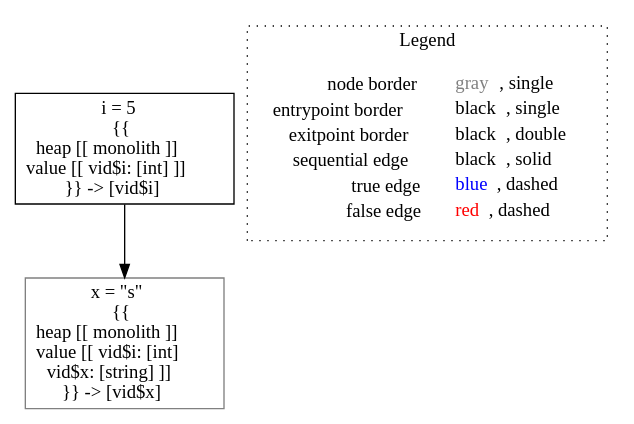
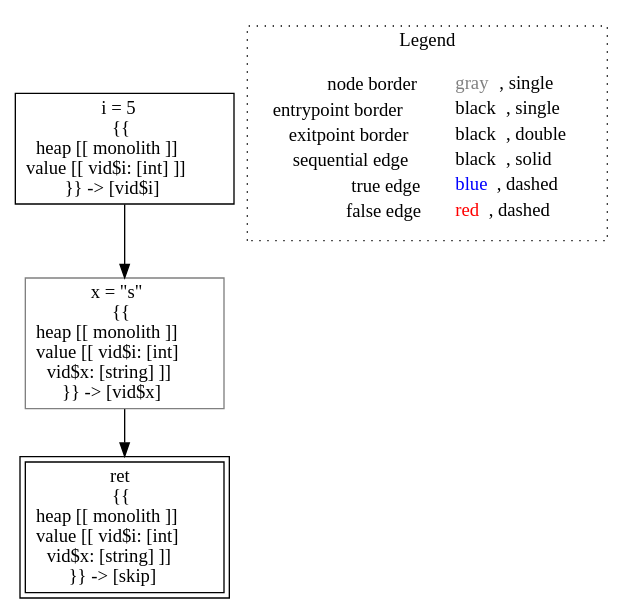
The diagram in lisa/imp-testcases/type-inference/typing___untyped_test1().dot (lisa-analyzer/lisa), drawn with Graphviz before and after one commit. The commit also changed 3 other files, not shown here.

```diff
--- a/lisa/imp-testcases/type-inference/typing___untyped_test1().dot
+++ b/lisa/imp-testcases/type-inference/typing___untyped_test1().dot
@@ -1,12 +1,14 @@
 digraph {
 	"node0" [shape="rect",color="black",label=<i = 5<BR/>{{<BR/>heap [[ monolith ]]<BR/>value [[ vid$i: [int] ]]<BR/>}} -&gt; [vid$i]>];
 	"node1" [shape="rect",color="gray",label=<x = &quot;s&quot;<BR/>{{<BR/>heap [[ monolith ]]<BR/>value [[ vid$i: [int]<BR/>vid$x: [string] ]]<BR/>}} -&gt; [vid$x]>];
+	"node2" [shape="rect",color="black",peripheries="2",label=<ret<BR/>{{<BR/>heap [[ monolith ]]<BR/>value [[ vid$i: [int]<BR/>vid$x: [string] ]]<BR/>}} -&gt; [skip]>];
 	"node0" -> "node1" [color="black"];
+	"node1" -> "node2" [color="black"];
 subgraph cluster_legend {
 	label="Legend";
 	style=dotted;
 	node [shape=plaintext];
 	"legend" [label=<<table border="0" cellpadding="2" cellspacing="0" cellborder="0"><tr><td align="right">node border&nbsp;</td><td align="left"><font color="gray">gray</font>, single</td></tr><tr><td align="right">entrypoint border&nbsp;</td><td align="left"><font color="black">black</font>, single</td></tr><tr><td align="right">exitpoint border&nbsp;</td><td align="left"><font color="black">black</font>, double</td></tr><tr><td align="right">sequential edge&nbsp;</td><td align="left"><font color="black">black</font>, solid</td></tr><tr><td align="right">true edge&nbsp;</td><td align="left"><font color="blue">blue</font>, dashed</td></tr><tr><td align="right">false edge&nbsp;</td><td align="left"><font color="red">red</font>, dashed</td></tr></table>>];
 }
 
 }
```
